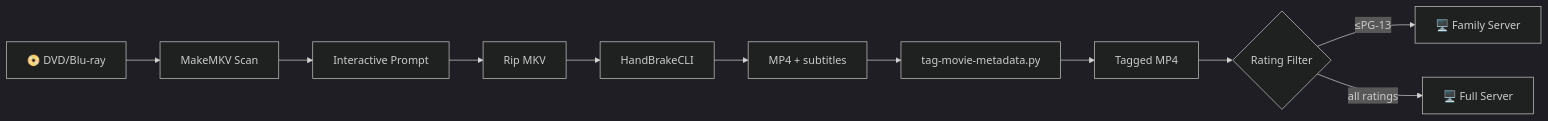
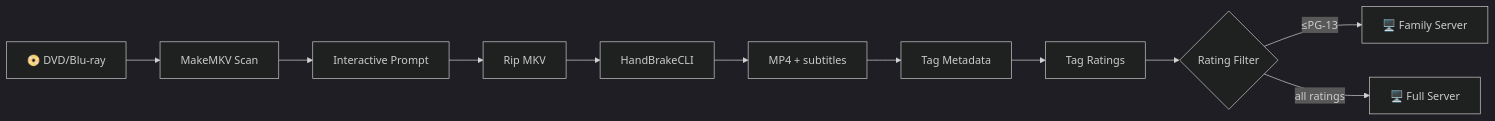
One commit to geniusworks/digital-archive-maker changed the third of 5 diagrams in docs/workflow_overview.md. Above: the diagram before and after it, drawn with Mermaid (dark theme). The commit also changed other lines of this file and 4 other files, not shown here.

````diff
--- a/docs/workflow_overview.md
+++ b/docs/workflow_overview.md
@@ -133,13 +137,13 @@
 ```mermaid
 flowchart LR
     A[📀 DVD/Blu-ray] --> B[MakeMKV Scan]
     B --> C[Interactive Prompt]
     C --> D[Rip MKV]
     D --> E[HandBrakeCLI]
     E --> F[MP4 + subtitles]
-    F --> G[tag-movie-metadata.py]
-    G --> H[Tagged MP4]
+    F --> G[Tag Metadata]
+    G --> H[Tag Ratings]
     H --> I{Rating Filter}
     I -->|≤PG-13| J[🖥️ Family Server]
     I -->|all ratings| K[🖥️ Full Server]
 ```
````
